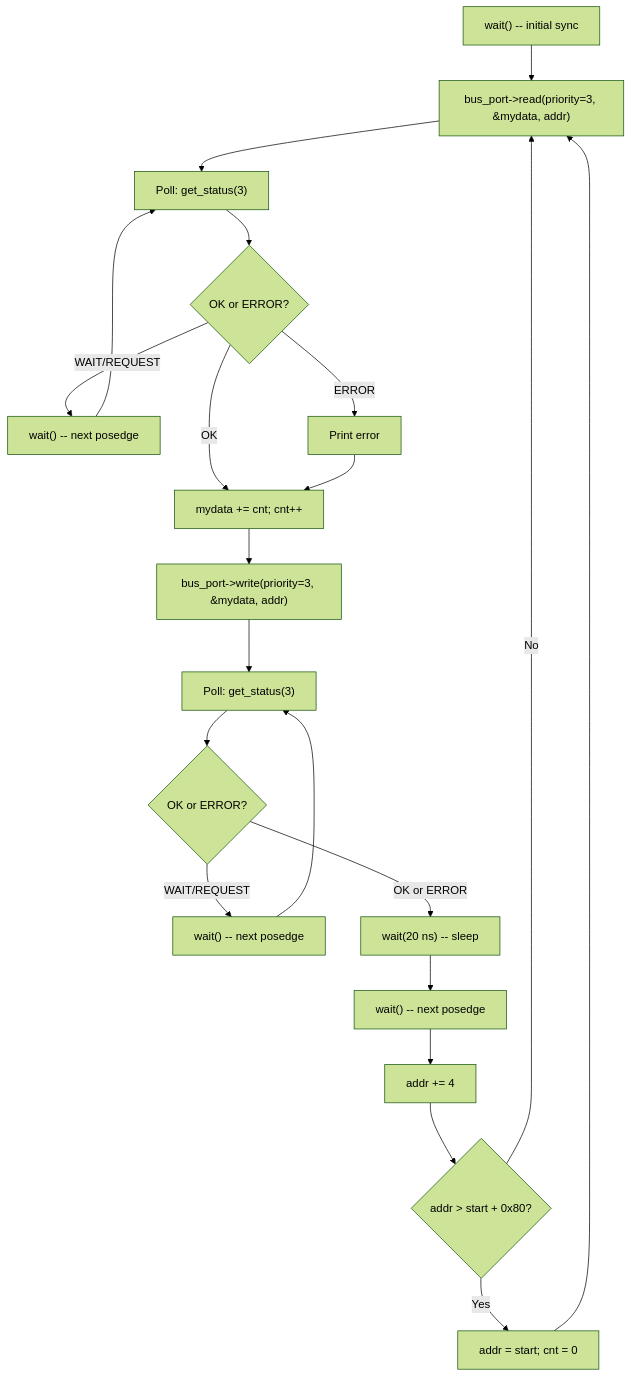
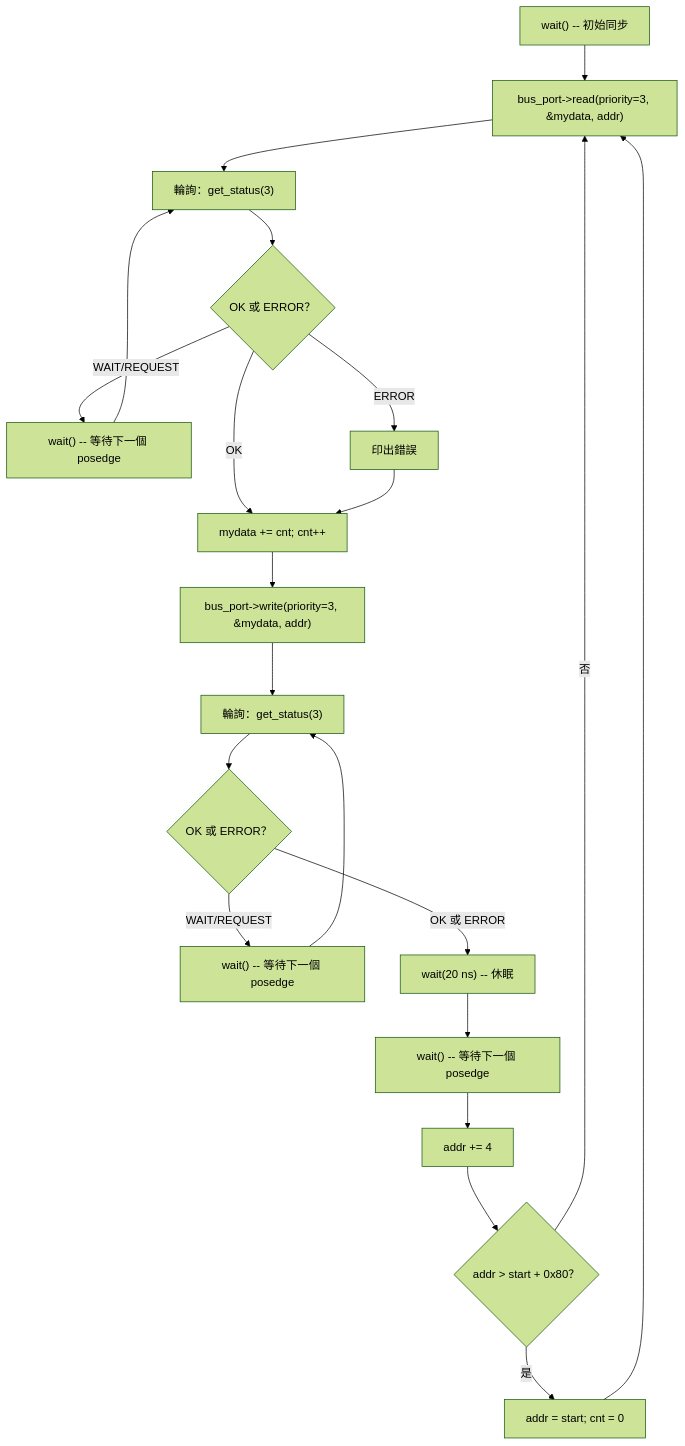
Before and after one commit to abc1199281lab-cmd/systemc_notes: the second of 4 diagrams in doc_v2/examples/code/sysc/simple_bus/masters.md, drawn with Mermaid (forest theme). The commit also changed other lines of this file and 8 other files, not shown here.

````diff
--- a/doc_v2/examples/code/sysc/simple_bus/masters.md
+++ b/doc_v2/examples/code/sysc/simple_bus/masters.md
@@ -91,23 +91,23 @@
 ```mermaid
 flowchart TD
-    A["wait() -- initial sync"] --> B["bus_port->read(priority=3, &mydata, addr)"]
-    B --> C["Poll: get_status(3)"]
-    C --> D{"OK or ERROR?"}
-    D -->|"WAIT/REQUEST"| E["wait() -- next posedge"]
+    A["wait() -- 初始同步"] --> B["bus_port->read(priority=3, &mydata, addr)"]
+    B --> C["輪詢：get_status(3)"]
+    C --> D{"OK 或 ERROR？"}
+    D -->|"WAIT/REQUEST"| E["wait() -- 等待下一個 posedge"]
     E --> C
-    D -->|ERROR| F["Print error"]
+    D -->|ERROR| F["印出錯誤"]
     D -->|OK| G["mydata += cnt; cnt++"]
     F --> G
     G --> H["bus_port->write(priority=3, &mydata, addr)"]
-    H --> I["Poll: get_status(3)"]
-    I --> J{"OK or ERROR?"}
-    J -->|"WAIT/REQUEST"| K["wait() -- next posedge"]
+    H --> I["輪詢：get_status(3)"]
+    I --> J{"OK 或 ERROR？"}
+    J -->|"WAIT/REQUEST"| K["wait() -- 等待下一個 posedge"]
     K --> I
-    J -->|OK or ERROR| L["wait(20 ns) -- sleep"]
-    L --> M["wait() -- next posedge"]
+    J -->|OK 或 ERROR| L["wait(20 ns) -- 休眠"]
+    L --> M["wait() -- 等待下一個 posedge"]
     M --> N["addr += 4"]
-    N --> O{"addr > start + 0x80?"}
-    O -->|Yes| P["addr = start; cnt = 0"]
-    O -->|No| B
+    N --> O{"addr > start + 0x80？"}
+    O -->|是| P["addr = start; cnt = 0"]
+    O -->|否| B
     P --> B
 ```
````
